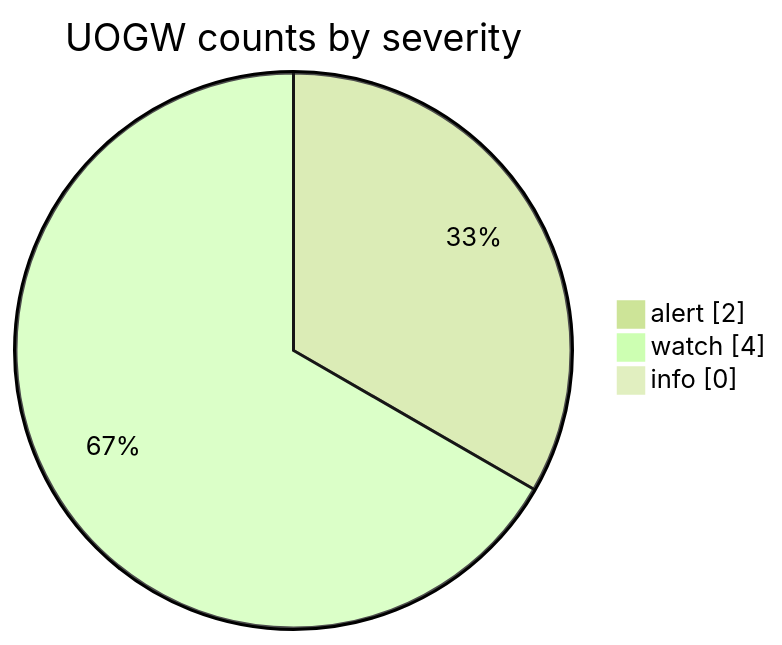
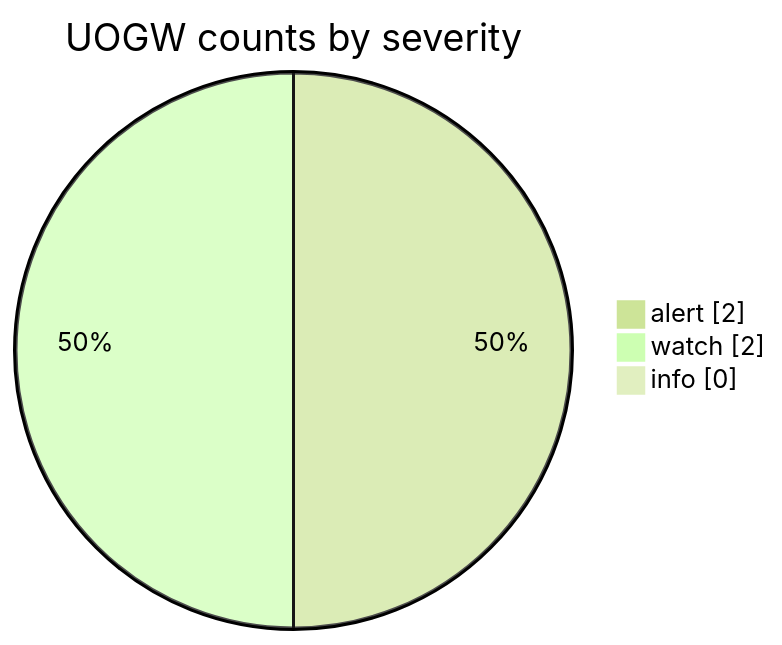
One commit to Midwest-Stratospheric/aerostratospheric-defense-gir changed the fourth of 6 diagrams in docs/GRAPHS.md. Above: the diagram before and after it, drawn with Mermaid (forest theme). The commit also changed other lines of this file and 25 other files, not shown here.

````diff
--- a/docs/GRAPHS.md
+++ b/docs/GRAPHS.md
@@ -66,7 +66,7 @@
 ```mermaid
 pie showData
   title UOGW counts by severity
   "alert" : 2
-  "watch" : 4
+  "watch" : 2
   "info" : 0
 ```
````
